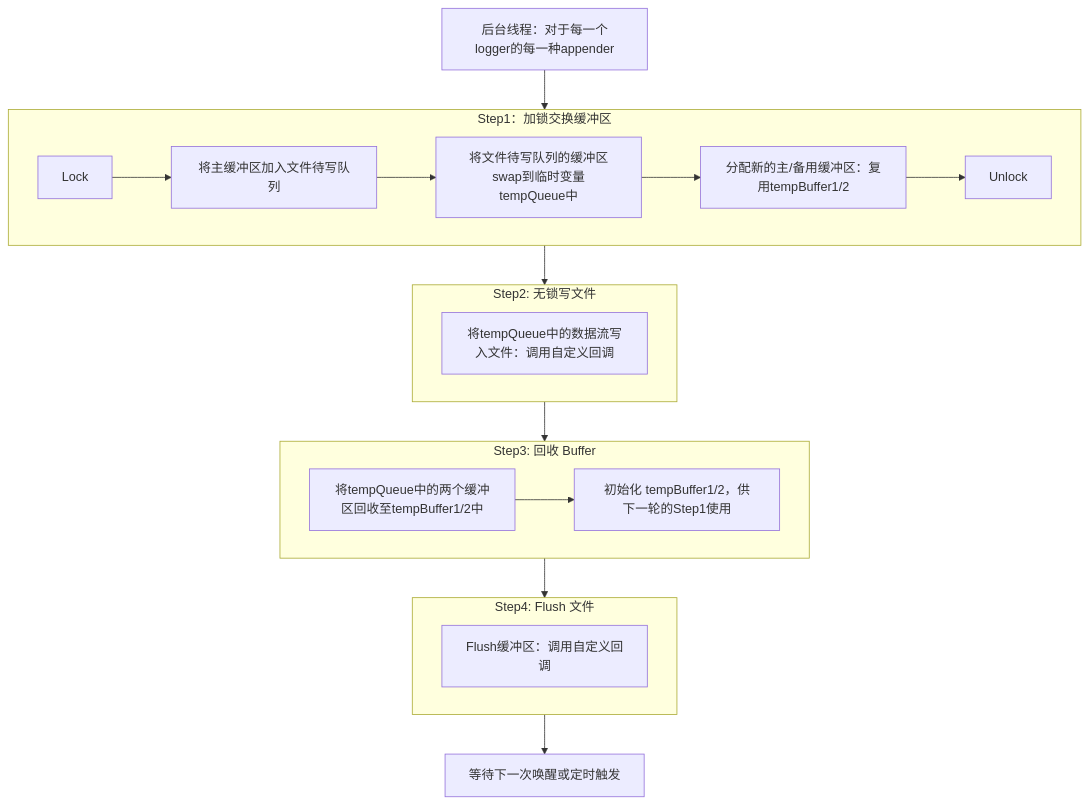
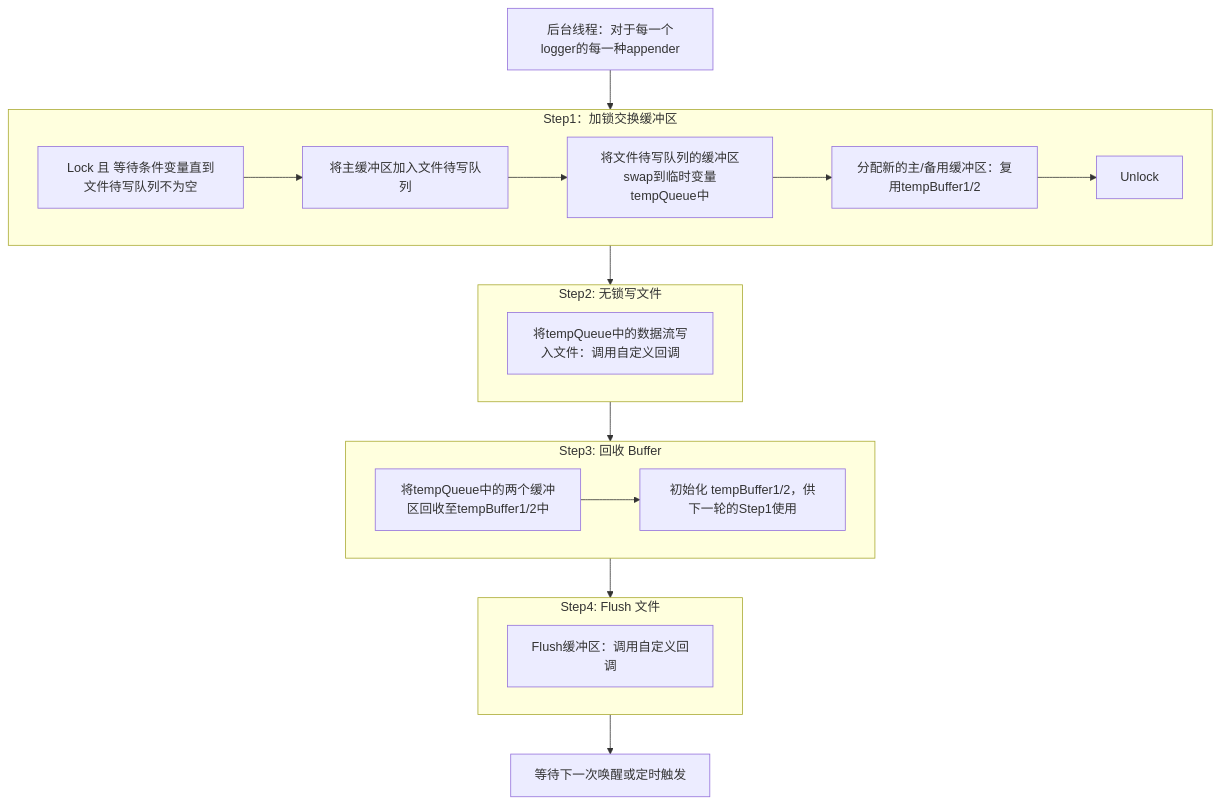
One commit to MYMarcoreus/GameServer changed the fourth of 4 diagrams in doc/log.md. Above: the diagram before and after it, drawn with Mermaid. The commit also changed other lines of this file and 7 other files, not shown here.

````diff
--- a/doc/log.md
+++ b/doc/log.md
@@ -158,40 +160,40 @@
 ```mermaid
 flowchart TD
     A[后台线程：对于每一个logger的每一种appender] --> Step1
 
     %% Step1：交换缓冲区
     subgraph Step1["Step1：加锁交换缓冲区"]
-        B1[Lock]
+        B1[Lock 且 等待条件变量直到文件待写队列不为空]
         B2[将主缓冲区加入文件待写队列]
         B3[将文件待写队列的缓冲区swap到临时变量tempQueue中]
         B4[分配新的主/备用缓冲区：复用tempBuffer1/2]
         B5[Unlock]
         B1 --> B2 --> B3 --> B4 --> B5
     end
 
     Step1 --> Step2
 
     %% Step2：无锁写文件
     subgraph Step2["Step2: 无锁写文件"]
         C1[将tempQueue中的数据流写入文件：调用自定义回调]
     end
 
     Step2 --> Step3
 
     %% Step3：回收 buffer
     subgraph Step3["Step3: 回收 Buffer"]
         D1[将tempQueue中的两个缓冲区回收至tempBuffer1/2中]
         D2[初始化 tempBuffer1/2，供下一轮的Step1使用]
         D1 --> D2
     end
 
     Step3 --> Step4
 
     %% Step4：Flush 文件
     subgraph Step4["Step4: Flush 文件"]
         E1[Flush缓冲区：调用自定义回调]
     end
 
     Step4 --> F[等待下一次唤醒或定时触发]
 
 ```
````
